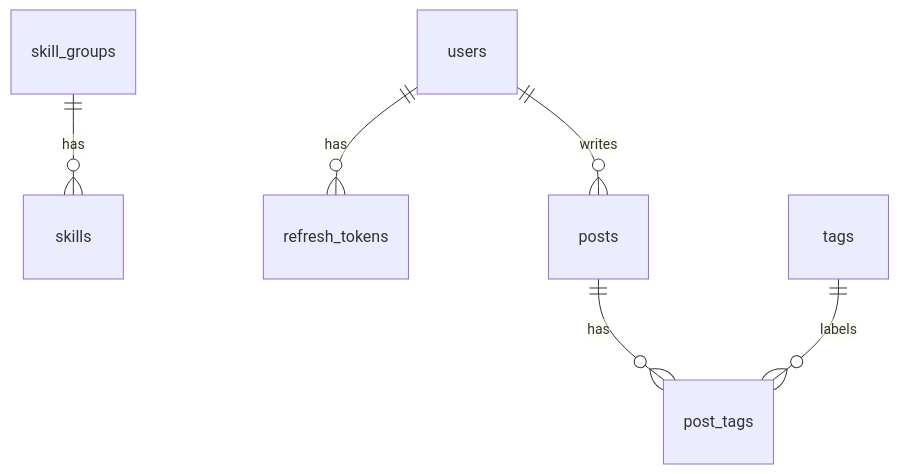
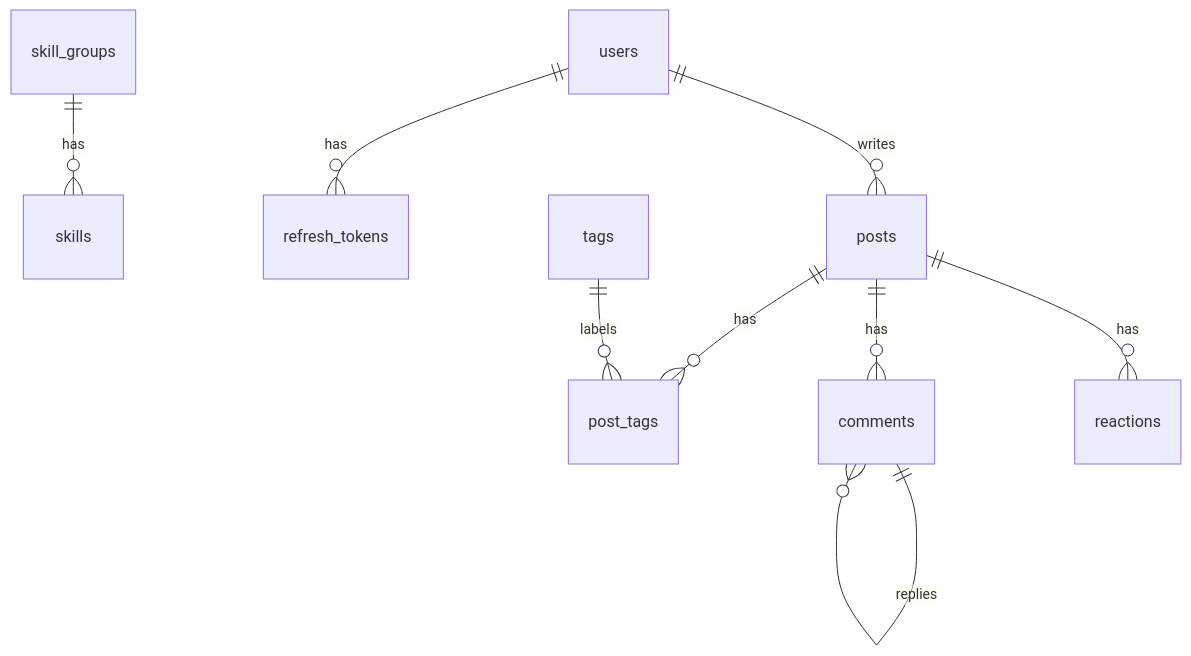
Before and after one commit to mdevaangini/portfolio: the second of 2 diagrams in docs/14-backend-api-handbook.md, drawn with Mermaid. The commit also changed other lines of this file and 5 other files, not shown here.

First line of the commit message:
Comments C8: docs for the live comments and reactions feature

````diff
--- a/docs/14-backend-api-handbook.md
+++ b/docs/14-backend-api-handbook.md
@@ -538,8 +577,11 @@
 ```mermaid
 erDiagram
     skill_groups ||--o{ skills : "has"
     users ||--o{ refresh_tokens : "has"
     users ||--o{ posts : "writes"
     posts ||--o{ post_tags : "has"
     tags ||--o{ post_tags : "labels"
+    posts ||--o{ comments : "has"
+    comments ||--o{ comments : "replies"
+    posts ||--o{ reactions : "has"
 ```
````
